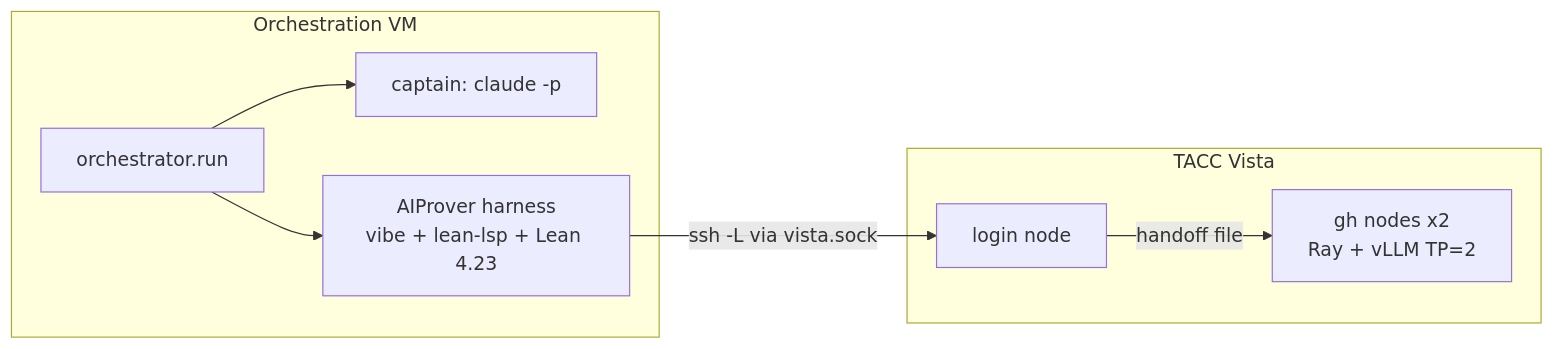
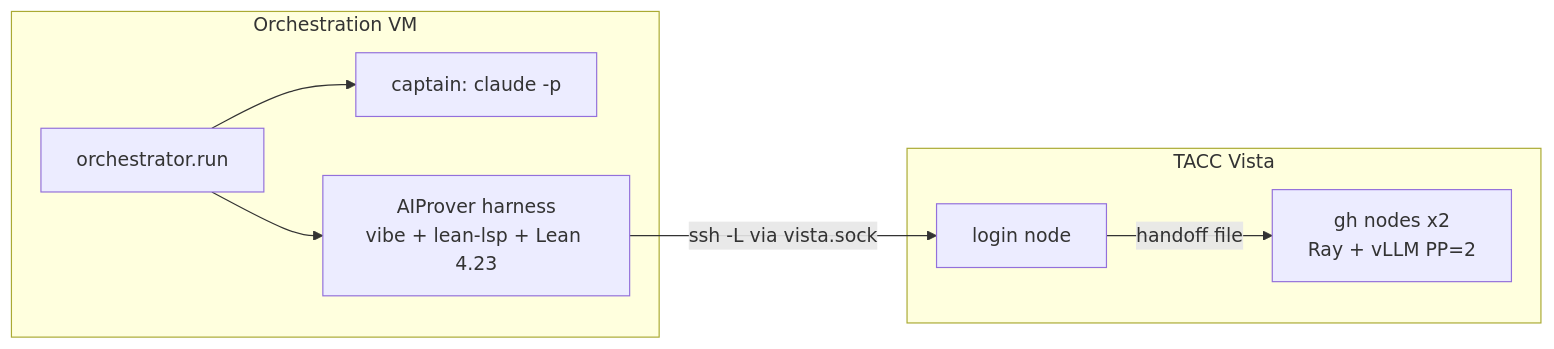
The second of 2 diagrams in AIProver_README.md (Logan-Cole-Luna/aiprover_prove2me_workspace), drawn with Mermaid before and after one commit. The commit also changed other lines of this file and 92 other files, not shown here.

````diff
--- a/AIProver_README.md
+++ b/AIProver_README.md
@@ -126,11 +169,11 @@
 ```mermaid
 flowchart LR
     subgraph VM[Orchestration VM]
         O[orchestrator.run] --> C[captain: claude -p]
         O --> H[AIProver harness<br/>vibe + lean-lsp + Lean 4.23]
     end
     subgraph Vista[TACC Vista]
-        L[login node] -->|handoff file| N[gh nodes x2<br/>Ray + vLLM TP=2]
+        L[login node] -->|handoff file| N[gh nodes x2<br/>Ray + vLLM PP=2]
     end
     H -->|ssh -L via vista.sock| L
 ```
````
